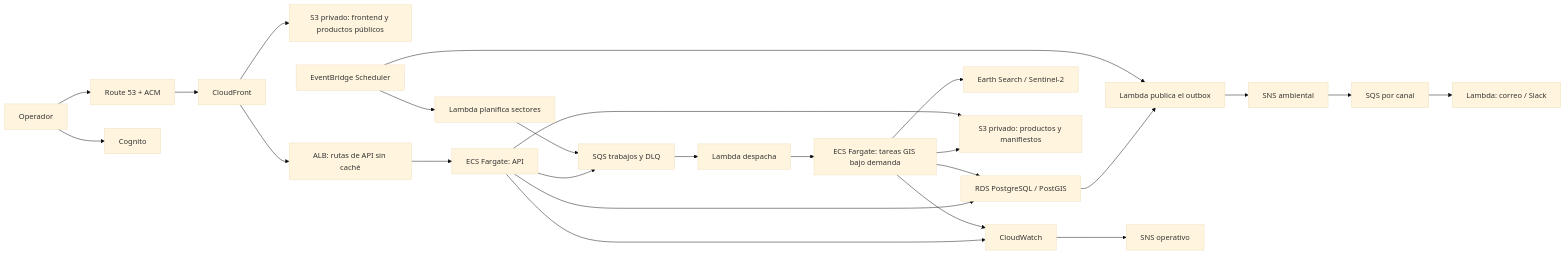
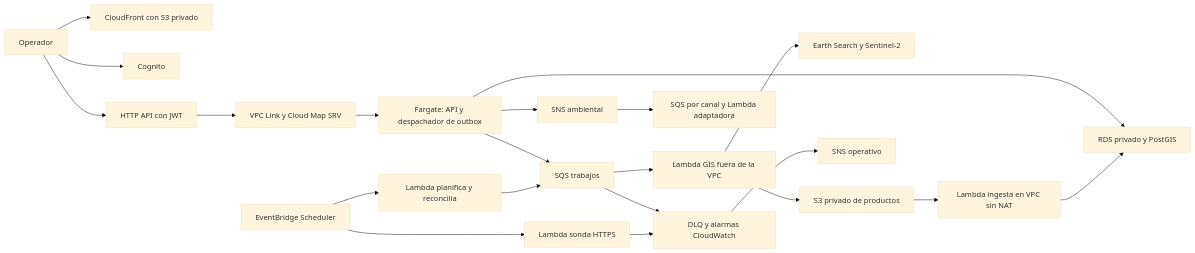
The diagram in DEVOPS_AWS.md (gastoncant/sentinela-selknam), drawn with Mermaid (base theme) before and after one commit. The commit also changed other lines of this file and 28 other files, not shown here.

Commit message:
Add validated Terraform reference for future AWS architecture

````diff
--- a/DEVOPS_AWS.md
+++ b/DEVOPS_AWS.md
@@ -13,27 +20,23 @@
 ```mermaid
 flowchart LR
-    U[Operador] --> DNS[Route 53 + ACM]
-    DNS --> CF[CloudFront]
-    CF --> WEB[S3 privado: frontend y productos públicos]
-    U --> ID[Cognito]
-    CF --> ALB[ALB: rutas de API sin caché]
-    ALB --> API[ECS Fargate: API]
-    API --> DB[RDS PostgreSQL / PostGIS]
-    API --> Q[SQS trabajos y DLQ]
-    SCH[EventBridge Scheduler] --> PLAN[Lambda planifica sectores]
-    PLAN --> Q
-    Q --> DISP[Lambda despacha]
-    DISP --> GIS[ECS Fargate: tareas GIS bajo demanda]
-    GIS --> STAC[Earth Search / Sentinel-2]
-    GIS --> DATA[S3 privado: productos y manifiestos]
-    GIS --> DB
-    API --> DATA
-    DB --> OUT[Lambda publica el outbox]
-    SCH --> OUT
-    OUT --> SNS[SNS ambiental]
-    SNS --> CH[SQS por canal]
-    CH --> SEND[Lambda: correo / Slack]
-    API --> CW[CloudWatch]
-    GIS --> CW
-    CW --> OPS[SNS operativo]
+    U[Operador] --> CF[CloudFront con S3 privado]
+    U --> COG[Cognito]
+    U --> HTTP[HTTP API con JWT]
+    HTTP --> LINK[VPC Link y Cloud Map SRV]
+    LINK --> ECS[Fargate: API y despachador de outbox]
+    ECS --> DB[RDS privado y PostGIS]
+    ECS --> Q[SQS trabajos]
+    S[EventBridge Scheduler] --> P[Lambda planifica y reconcilia]
+    P --> Q
+    Q --> GIS[Lambda GIS fuera de la VPC]
+    GIS --> SAT[Earth Search y Sentinel-2]
+    GIS --> B[S3 privado de productos]
+    B --> I[Lambda ingesta en VPC sin NAT]
+    I --> DB
+    ECS --> ENV[SNS ambiental]
+    ENV --> CH[SQS por canal y Lambda adaptadora]
+    Q --> D[DLQ y alarmas CloudWatch]
+    S --> PROBE[Lambda sonda HTTPS]
+    PROBE --> D
+    D --> OPS[SNS operativo]
 ```
````
